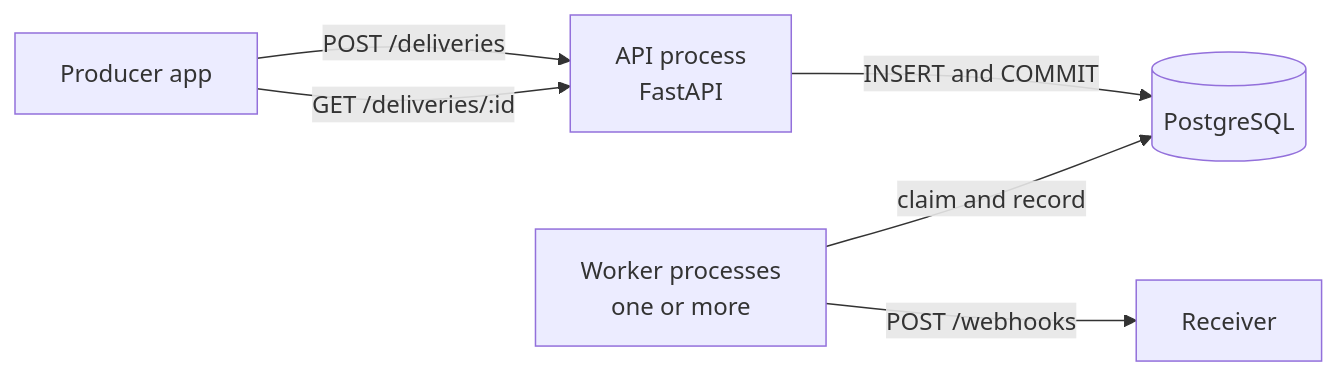
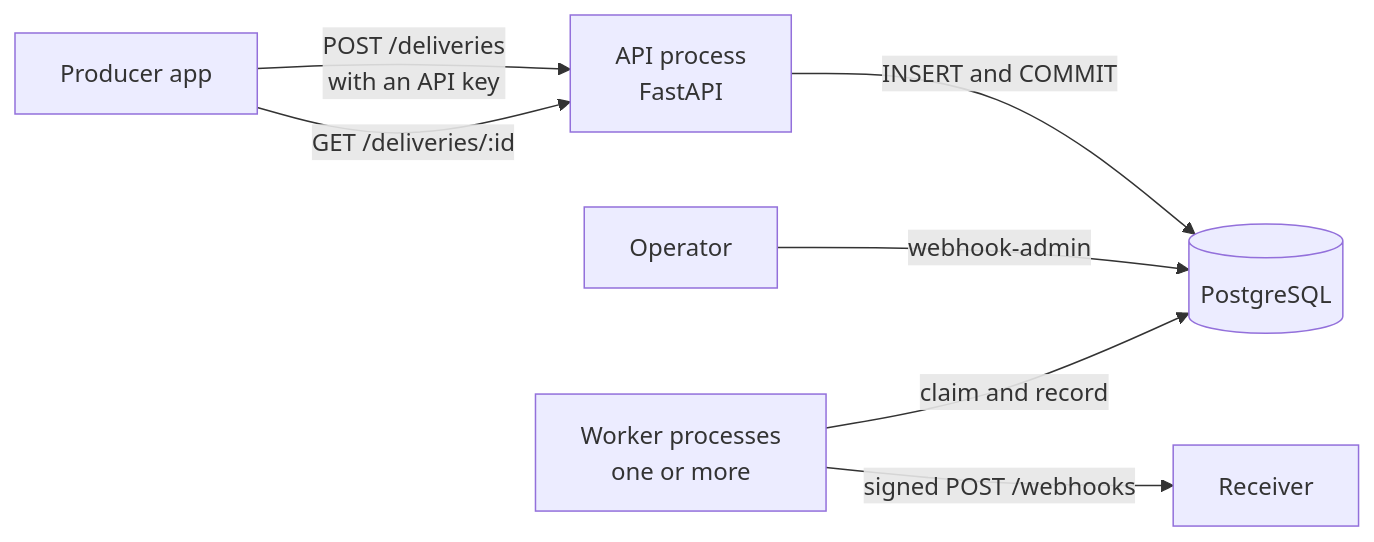
One commit to DucAnhLe1992/webhook-delivery-service changed the first of 8 diagrams in ARCHITECTURE.md. Above: the diagram before and after it, drawn with Mermaid. The commit also changed other lines of this file and 29 other files, not shown here.

````diff
--- a/ARCHITECTURE.md
+++ b/ARCHITECTURE.md
@@ -41,8 +44,9 @@
 ```mermaid
 flowchart LR
-    P[Producer app] -->|"POST /deliveries"| API[API process<br/>FastAPI]
+    P[Producer app] -->|"POST /deliveries<br/>with an API key"| API[API process<br/>FastAPI]
     P -->|"GET /deliveries/:id"| API
     API -->|"INSERT and COMMIT"| DB[(PostgreSQL)]
+    O[Operator] -->|"webhook-admin"| DB
     W[Worker processes<br/>one or more] -->|"claim and record"| DB
-    W -->|"POST /webhooks"| R[Receiver]
+    W -->|"signed POST /webhooks"| R[Receiver]
 ```
````
